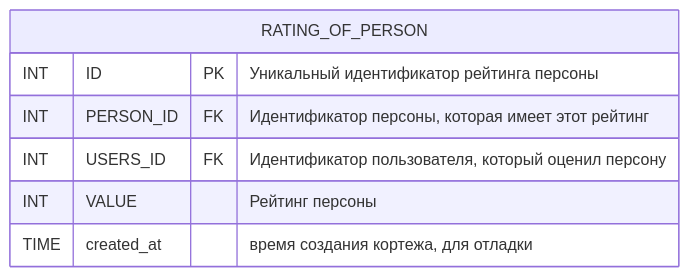
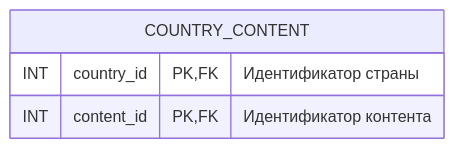
Before and after one commit to go-park-mail-ru/2024_1_Cyberkotletki: diagram 14 of 15 in db/normalized/relations.md, drawn with Mermaid. The commit also changed other lines of this file and 3 other files, not shown here.

````diff
--- a/db/normalized/relations.md
+++ b/db/normalized/relations.md
@@ -521,10 +358,7 @@
 ```mermaid
 erDiagram
-    RATING_OF_PERSON {
-        INT ID PK "Уникальный идентификатор рейтинга персоны"
-        INT PERSON_ID FK "Идентификатор персоны, которая имеет этот рейтинг"
-        INT USERS_ID FK "Идентификатор пользователя, который оценил персону"
-        INT VALUE "Рейтинг персоны"
-        TIME created_at "время создания кортежа, для отладки"
+    COUNTRY_CONTENT {
+        INT country_id PK, FK "Идентификатор страны"
+        INT content_id PK, FK "Идентификатор контента"
     }
 ```
````
